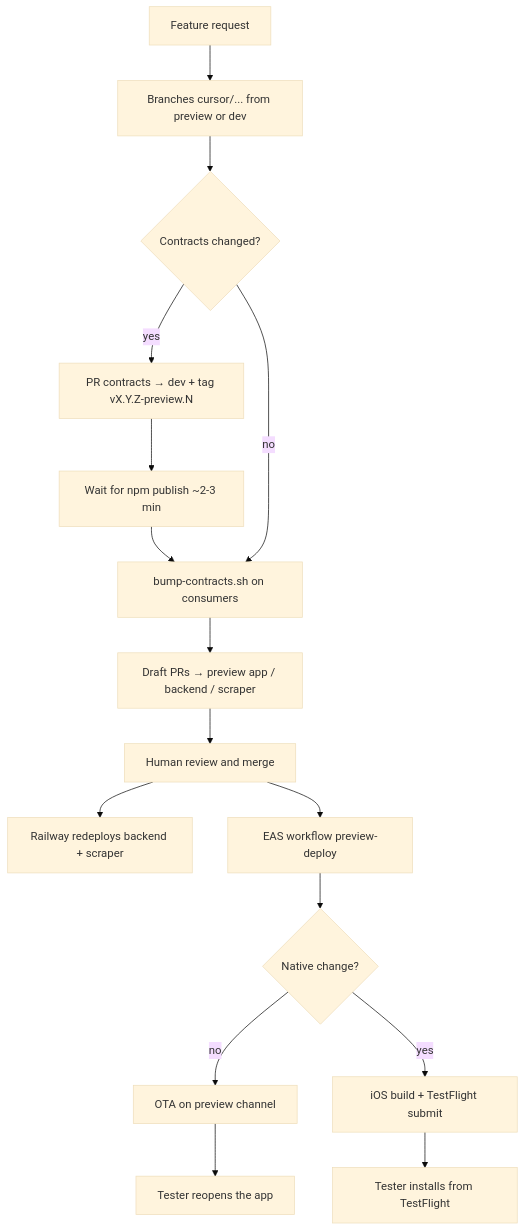
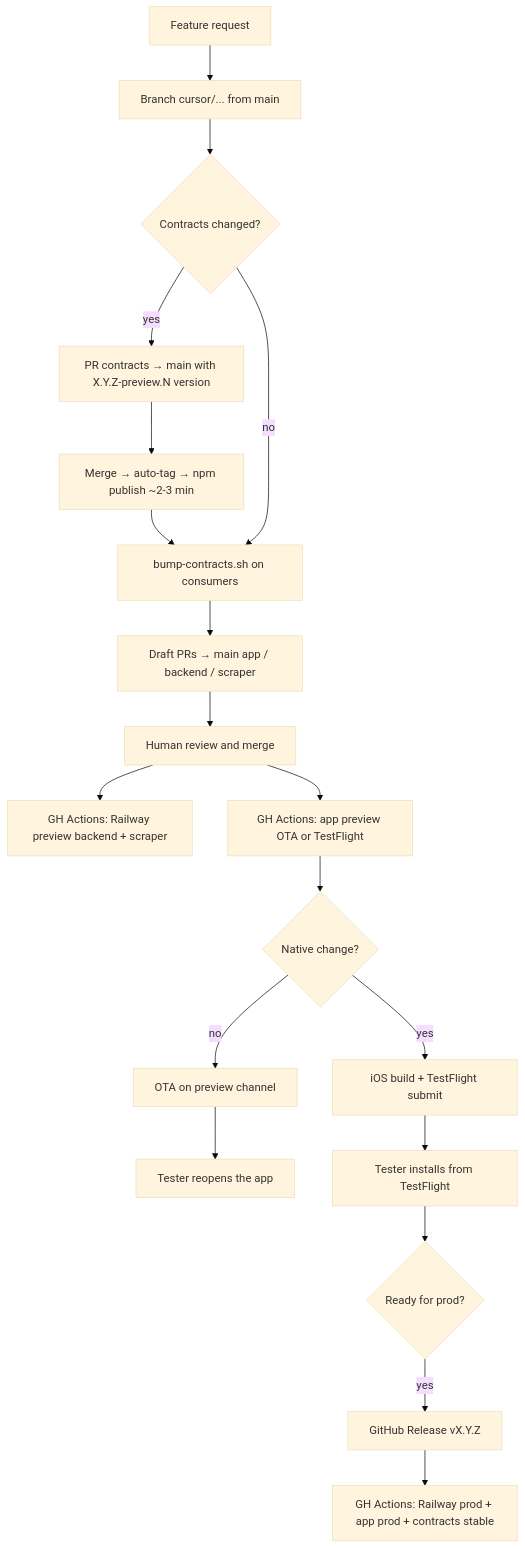
Before and after one commit to Plassy-App/Plassy: the diagram in AGENTS.md, drawn with Mermaid (base theme). The commit also changed other lines of this file and 11 other files, not shown here.

First line of the commit message:
ci: single-branch main workflow migration

````diff
--- a/AGENTS.md
+++ b/AGENTS.md
@@ -48,18 +54,21 @@
 ```mermaid
 flowchart TD
-    A[Feature request] --> B[Branches cursor/... from preview or dev]
+    A[Feature request] --> B[Branch cursor/... from main]
     B --> C{Contracts changed?}
-    C -->|yes| D[PR contracts → dev + tag vX.Y.Z-preview.N]
-    D --> E[Wait for npm publish ~2-3 min]
+    C -->|yes| D[PR contracts → main with X.Y.Z-preview.N version]
+    D --> E[Merge → auto-tag → npm publish ~2-3 min]
     E --> F[bump-contracts.sh on consumers]
     C -->|no| F
-    F --> G[Draft PRs → preview app / backend / scraper]
+    F --> G[Draft PRs → main app / backend / scraper]
     G --> H[Human review and merge]
-    H --> I[Railway redeploys backend + scraper]
-    H --> J[EAS workflow preview-deploy]
+    H --> I[GH Actions: Railway preview backend + scraper]
+    H --> J[GH Actions: app preview OTA or TestFlight]
     J --> K{Native change?}
     K -->|no| L[OTA on preview channel]
     K -->|yes| M[iOS build + TestFlight submit]
     L --> N[Tester reopens the app]
     M --> O[Tester installs from TestFlight]
+    O --> P{Ready for prod?}
+    P -->|yes| Q[GitHub Release vX.Y.Z]
+    Q --> R[GH Actions: Railway prod + app prod + contracts stable]
 ```
````
